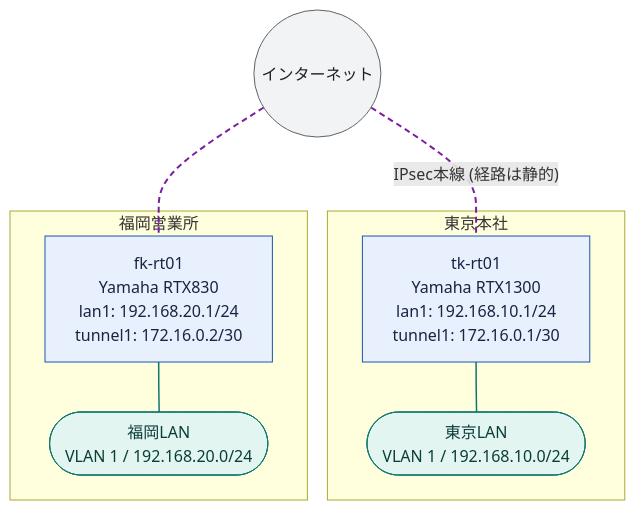
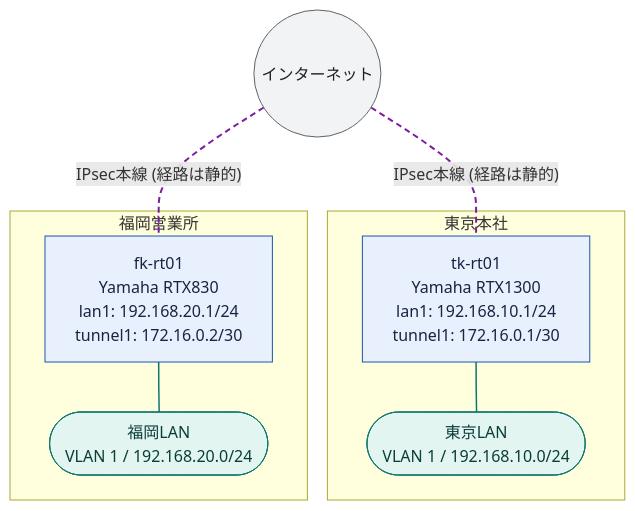
One commit to thinas1115/nwdsl changed the diagram in examples/two-site-ipsec/generated/logical-all.mmd. Above: the diagram before and after it, drawn with Mermaid. The commit also changed 53 other files, not shown here.

First line of the commit message:
論理図で本社だけ配置がズレる問題を修正 (via分割エッジのラベル非対称)

```diff
--- a/examples/two-site-ipsec/generated/logical-all.mmd
+++ b/examples/two-site-ipsec/generated/logical-all.mmd
@@ -1,31 +1,31 @@
 flowchart TB
   subgraph sg_tokyo["東京本社"]
     tk_rt01["tk-rt01<br>Yamaha RTX1300<br>lan1: 192.168.10.1/24<br>tunnel1: 172.16.0.1/30"]
     seg__tk_lan(["東京LAN<br>VLAN 1 / 192.168.10.0/24"])
   end
   subgraph sg_fukuoka["福岡営業所"]
     fk_rt01["fk-rt01<br>Yamaha RTX830<br>lan1: 192.168.20.1/24<br>tunnel1: 172.16.0.2/30"]
     seg__fk_lan(["福岡LAN<br>VLAN 1 / 192.168.20.0/24"])
   end
   internet(("インターネット"))
   internet ---|"IPsec本線 (経路は静的)"| tk_rt01
-  internet --- fk_rt01
+  internet ---|"IPsec本線 (経路は静的)"| fk_rt01
   tk_rt01 --- seg__tk_lan
   fk_rt01 --- seg__fk_lan
 
   classDef node_dim fill:#f8f9fa,stroke:#dadce0,color:#bdc1c6
   classDef node_failed fill:#fce8e6,stroke:#c5221f,color:#3c1a19
   classDef role_router fill:#e8f0fe,stroke:#1a56b0,color:#1a2340
   classDef role_l3switch fill:#d2e3fc,stroke:#1a56b0,color:#1a2340
   classDef role_l2switch fill:#e6f4ea,stroke:#137333,color:#1a2e1f
   classDef role_firewall fill:#fce8e6,stroke:#c5221f,color:#3c1a19
   classDef role_other fill:#f1f3f4,stroke:#5f6368,color:#202124
   classDef node_cloud fill:#f1f3f4,stroke:#5f6368,color:#202124
   classDef node_site fill:#fff8e1,stroke:#b58105,color:#4a3a08
   classDef node_segment fill:#e2f5f0,stroke:#0f766e,color:#0b3d38
   classDef node_external fill:#ffffff,stroke:#9aa0a6,stroke-dasharray:3 3,color:#5f6368
   class tk_rt01,fk_rt01 role_router
   class internet node_cloud
   class seg__tk_lan,seg__fk_lan node_segment
   linkStyle 0,1 stroke:#7b1fa2,stroke-width:2px,stroke-dasharray:6 4
   linkStyle 2,3 stroke:#0f766e,stroke-width:1.5px
```
